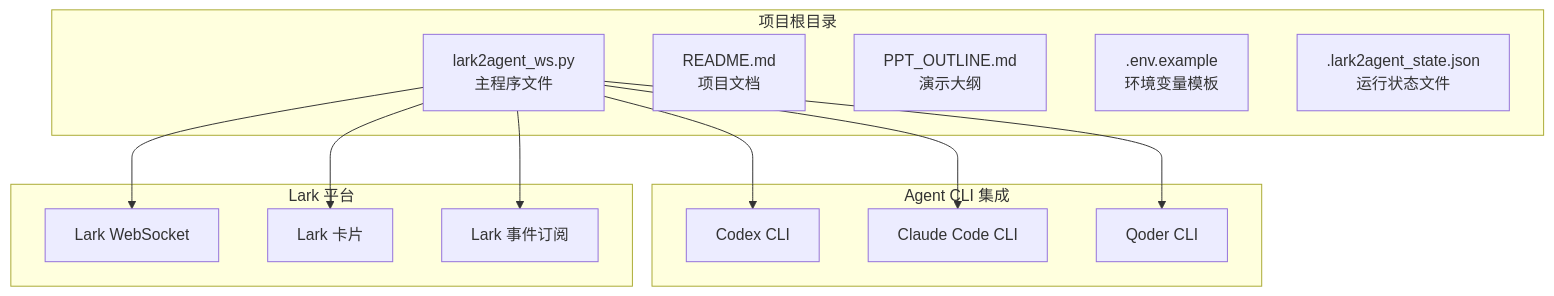
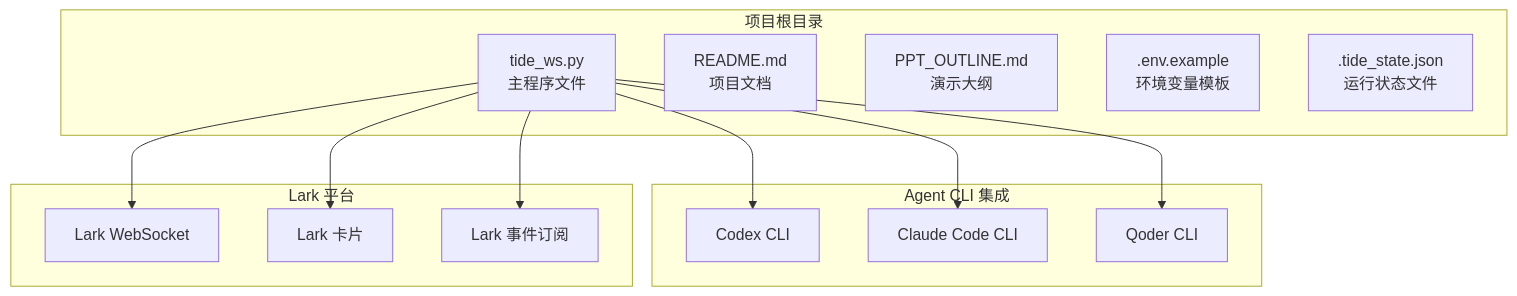
Before and after one commit to winditer/tide: the first of 6 diagrams in .qoder/repowiki/zh/content/部署和运维/部署和运维.md, drawn with Mermaid. The commit also changed other lines of this file and 260 other files, not shown here.

````diff
--- a/.qoder/repowiki/zh/content/部署和运维/部署和运维.md
+++ b/.qoder/repowiki/zh/content/部署和运维/部署和运维.md
@@ -32,26 +32,26 @@
 ```mermaid
 graph TB
 subgraph "项目根目录"
-A[lark2agent_ws.py<br/>主程序文件]
+A[tide_ws.py<br/>主程序文件]
 B[README.md<br/>项目文档]
 C[PPT_OUTLINE.md<br/>演示大纲]
 D[.env.example<br/>环境变量模板]
-E[.lark2agent_state.json<br/>运行状态文件]
+E[.tide_state.json<br/>运行状态文件]
 end
 subgraph "Agent CLI 集成"
 F[Codex CLI]
 G[Claude Code CLI]
 H[Qoder CLI]
 end
 subgraph "Lark 平台"
 I[Lark WebSocket]
 J[Lark 卡片]
 K[Lark 事件订阅]
 end
 A --> F
 A --> G
 A --> H
 A --> I
 A --> J
 A --> K
 ```
````
